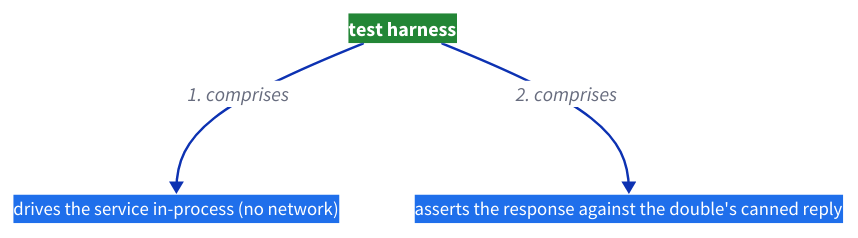
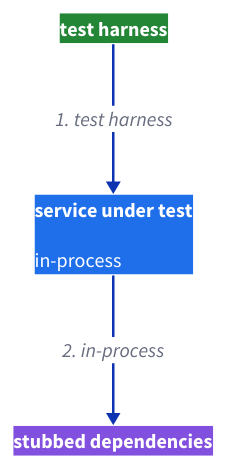
The diagram in diagrams/d2/decomp/ch27-0.d2 (vinayakuber/microservices-io-study-guide), drawn with D2 before and after one commit. The commit also changed 339 other files, not shown here.

First line of the commit message:
Redesign systemDesign diagrams: full pipeline, not "comprises" trees

```diff
--- a/diagrams/d2/decomp/ch27-0.d2
+++ b/diagrams/d2/decomp/ch27-0.d2
@@ -1,46 +1,48 @@
 direction: down
 
-R: {
+S0: {
   label: |md
     **test harness**
   |
   shape: rectangle
   style: {
     fill: "#238636"
     stroke: "#2ea043"
     font-color: "#FFFFFF"
-    border-radius: 8
+    border-radius: 6
     font-size: 16
   }
 }
 
-P0: {
+S1: {
   label: |md
-    drives the service in-process (no network)
+    **service under test**
+
+    in-process
   |
   shape: rectangle
   style: {
     fill: "#1f6feb"
     stroke: "#388bfd"
     font-color: "#FFFFFF"
     border-radius: 6
-    font-size: 15
+    font-size: 16
   }
 }
 
-P1: {
+S2: {
   label: |md
-    asserts the response against the double's canned reply
+    **stubbed dependencies**
   |
   shape: rectangle
   style: {
-    fill: "#1f6feb"
-    stroke: "#388bfd"
+    fill: "#8250df"
+    stroke: "#8250df"
     font-color: "#FFFFFF"
     border-radius: 6
-    font-size: 15
+    font-size: 16
   }
 }
 
-R -> P0: "1. comprises"
-R -> P1: "2. comprises"
+S0 -> S1: "1. test harness"
+S1 -> S2: "2. in-process"
```
